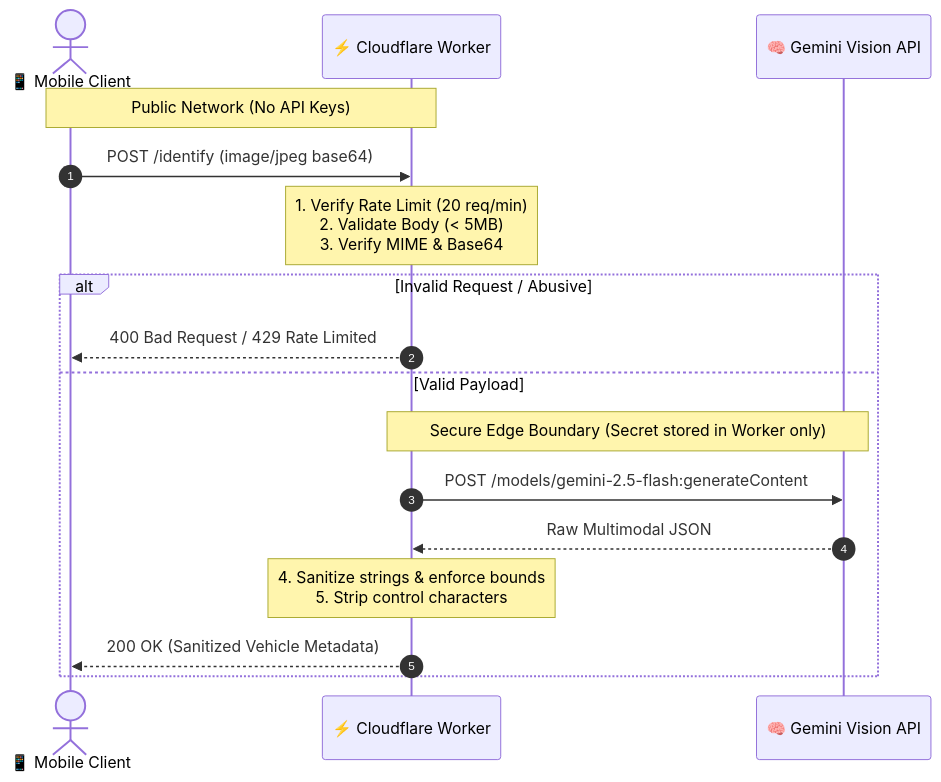
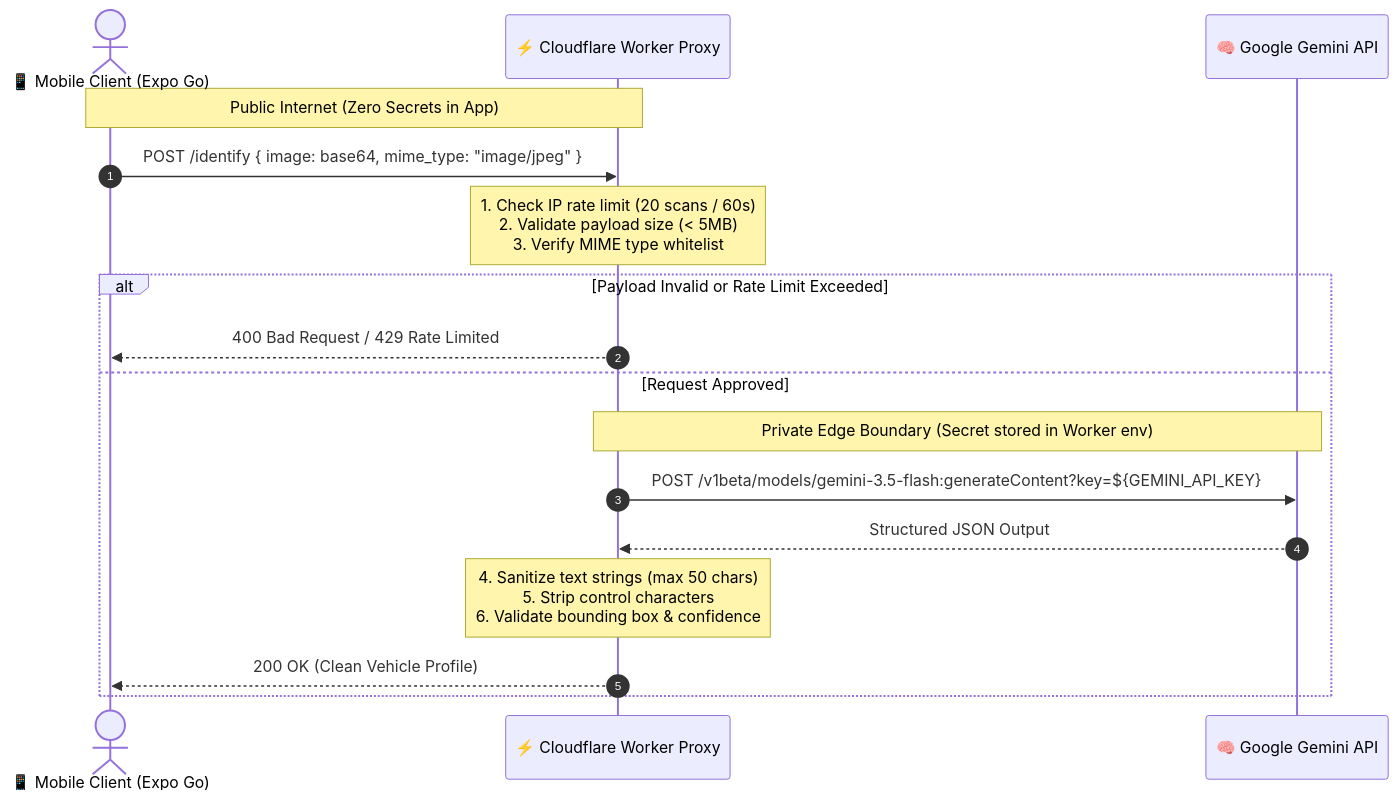
One commit to Suhaid11/CarDex changed the third of 3 diagrams in README.md. Above: the diagram before and after it, drawn with Mermaid. The commit also changed other lines of this file and 5 other files, not shown here.

````diff
--- a/README.md
+++ b/README.md
@@ -128,21 +149,22 @@
 ```mermaid
 sequenceDiagram
     autonumber
-    actor User as 📱 Mobile Client
-    participant Worker as ⚡ Cloudflare Worker
-    participant Gemini as 🧠 Gemini Vision API
+    actor User as 📱 Mobile Client (Expo Go)
+    participant Edge as ⚡ Cloudflare Worker Proxy
+    participant AI as 🧠 Google Gemini API
 
-    Note over User,Worker: Public Network (No API Keys)
-    User->>Worker: POST /identify (image/jpeg base64)
-    Note over Worker: 1. Verify Rate Limit (20 req/min)<br/>2. Validate Body (< 5MB)<br/>3. Verify MIME & Base64
+    Note over User,Edge: Public Internet (Zero Secrets in App)
+    User->>Edge: POST /identify { image: base64, mime_type: "image/jpeg" }
     
-    alt Invalid Request / Abusive
-        Worker-->>User: 400 Bad Request / 429 Rate Limited
-    else Valid Payload
-        Note over Worker,Gemini: Secure Edge Boundary (Secret stored in Worker only)
-        Worker->>Gemini: POST /models/gemini-2.5-flash:generateContent
-        Gemini-->>Worker: Raw Multimodal JSON
-        Note over Worker: 4. Sanitize strings & enforce bounds<br/>5. Strip control characters
-        Worker-->>User: 200 OK (Sanitized Vehicle Metadata)
+    Note over Edge: 1. Check IP rate limit (20 scans / 60s)<br/>2. Validate payload size (< 5MB)<br/>3. Verify MIME type whitelist
+    
+    alt Payload Invalid or Rate Limit Exceeded
+        Edge-->>User: 400 Bad Request / 429 Rate Limited
+    else Request Approved
+        Note over Edge,AI: Private Edge Boundary (Secret stored in Worker env)
+        Edge->>AI: POST /v1beta/models/gemini-3.5-flash:generateContent?key=${GEMINI_API_KEY}
+        AI-->>Edge: Structured JSON Output
+        Note over Edge: 4. Sanitize text strings (max 50 chars)<br/>5. Strip control characters<br/>6. Validate bounding box & confidence
+        Edge-->>User: 200 OK (Clean Vehicle Profile)
     end
 ```
````
